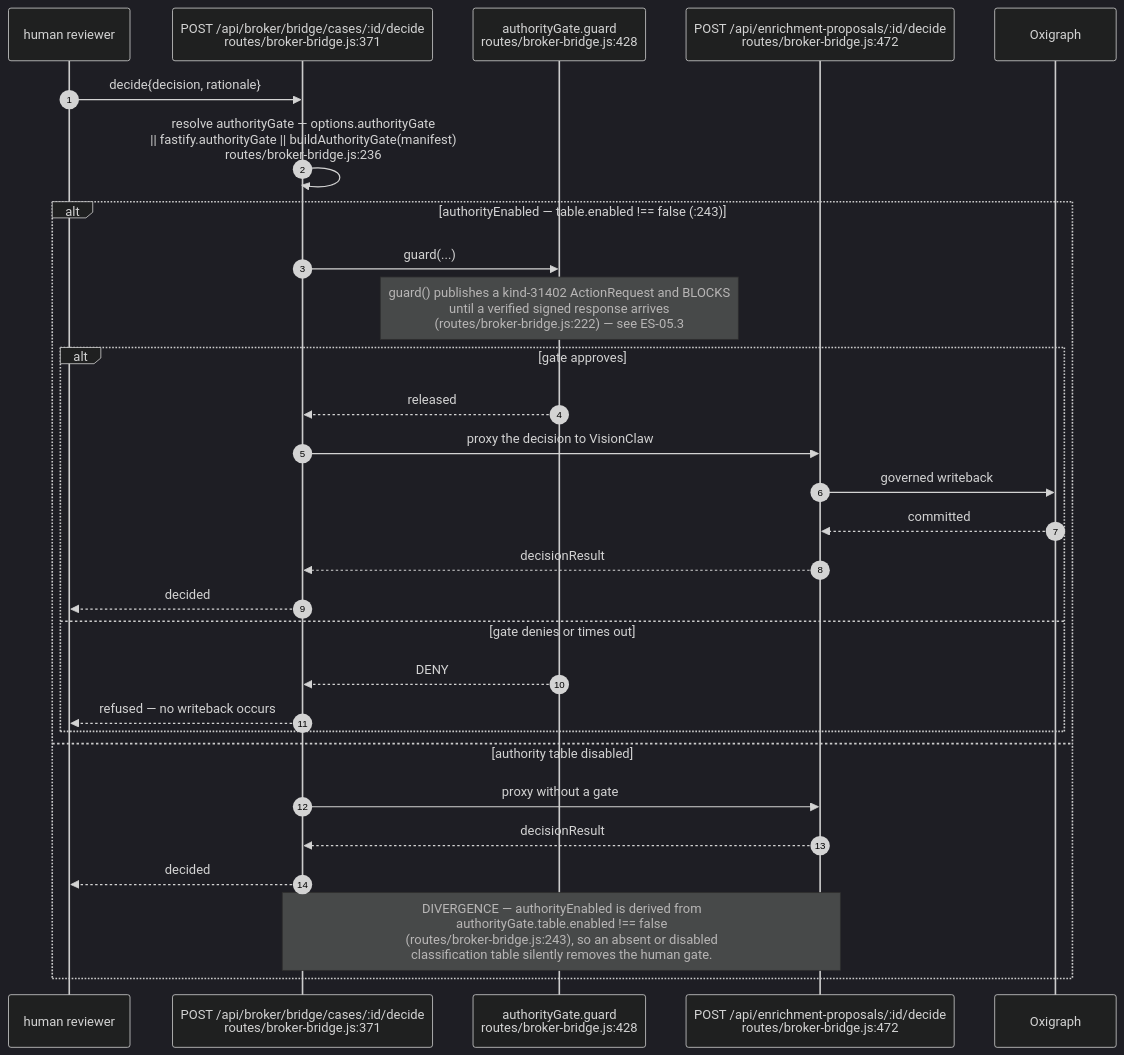
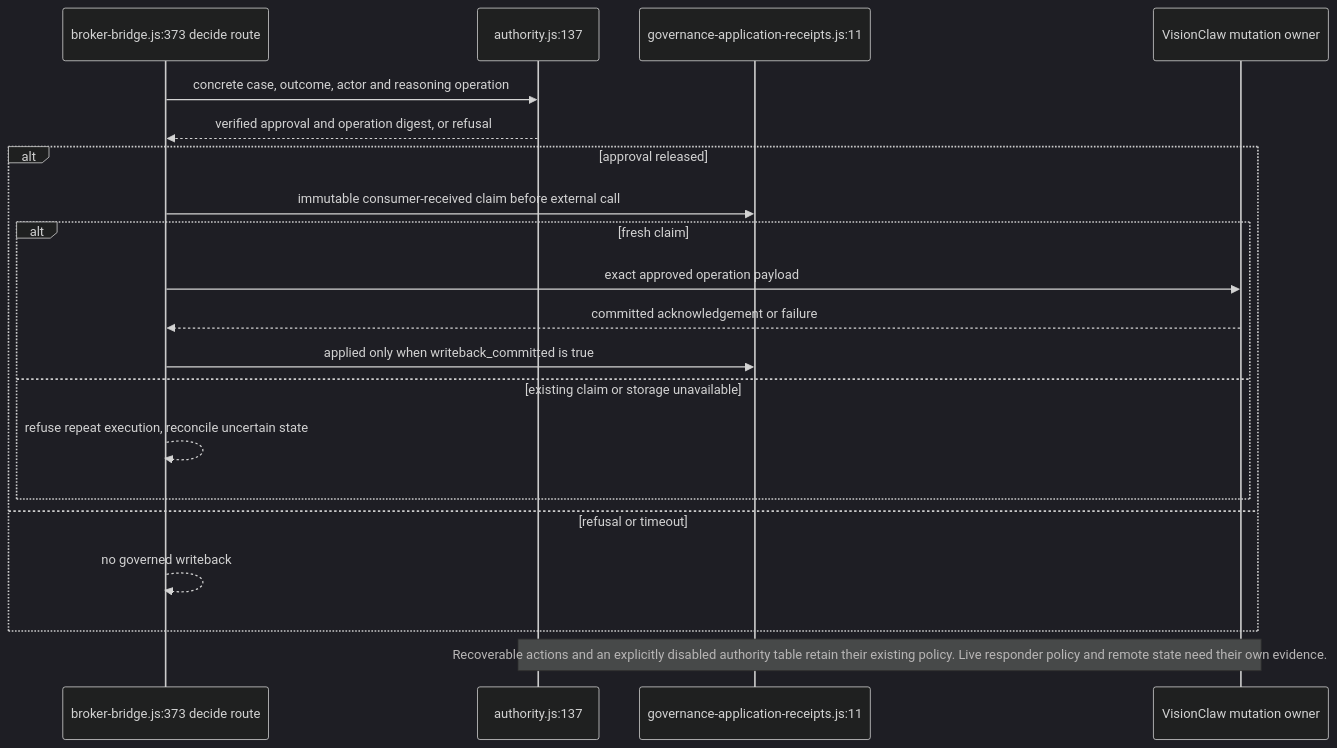
Before and after one commit to DreamLab-AI/VisionFlow: the sixth of 11 diagrams in docs/diagrams/estate/05-governance-loop-across-estate.md, drawn with Mermaid (dark theme). The commit also changed other lines of this file and 51 other files, not shown here.

First line of the commit message:
docs(diagrams): agentbox AB-01..13 re-attested anchor by anchor (980 anchors, 22 defects); checkpoint against an out-of-mesh writer

````diff
--- a/docs/diagrams/estate/05-governance-loop-across-estate.md
+++ b/docs/diagrams/estate/05-governance-loop-across-estate.md
@@ -218,32 +147,22 @@
 ```mermaid
 sequenceDiagram
-    autonumber
-    participant U as human reviewer
-    participant BB as POST /api/broker/bridge/cases/:id/decide<br/>routes/broker-bridge.js:371
-    participant AG as authorityGate.guard<br/>routes/broker-bridge.js:428
-    participant VC as POST /api/enrichment-proposals/:id/decide<br/>routes/broker-bridge.js:472
-    participant OX as Oxigraph
-
-    U->>BB: decide{decision, rationale}
-    BB->>BB: resolve authorityGate — options.authorityGate<br/>|| fastify.authorityGate || buildAuthorityGate(manifest)<br/>routes/broker-bridge.js:236
-    alt authorityEnabled — table.enabled !== false (:243)
-        BB->>AG: guard(...)
-        Note over AG: guard() publishes a kind-31402 ActionRequest and BLOCKS<br/>until a verified signed response arrives<br/>(routes/broker-bridge.js:222) — see ES-05.3
-        alt gate approves
-            AG-->>BB: released
-            BB->>VC: proxy the decision to VisionClaw
-            VC->>OX: governed writeback
-            OX-->>VC: committed
-            VC-->>BB: decisionResult
-            BB-->>U: decided
-        else gate denies or times out
-            AG-->>BB: DENY
-            BB-->>U: refused — no writeback occurs
+    participant Bridge as broker-bridge.js:373 decide route
+    participant Gate as authority.js:137
+    participant Ledger as governance-application-receipts.js:11
+    participant VC as VisionClaw mutation owner
+    Bridge->>Gate: concrete case, outcome, actor and reasoning operation
+    Gate-->>Bridge: verified approval and operation digest, or refusal
+    alt approval released
+        Bridge->>Ledger: immutable consumer-received claim before external call
+        alt fresh claim
+            Bridge->>VC: exact approved operation payload
+            VC-->>Bridge: committed acknowledgement or failure
+            Bridge->>Ledger: applied only when writeback_committed is true
+        else existing claim or storage unavailable
+            Bridge-->>Bridge: refuse repeat execution, reconcile uncertain state
         end
-    else authority table disabled
-        BB->>VC: proxy without a gate
-        VC-->>BB: decisionResult
-        BB-->>U: decided
-        Note over BB,VC: DIVERGENCE — authorityEnabled is derived from<br/>authorityGate.table.enabled !== false<br/>(routes/broker-bridge.js:243), so an absent or disabled<br/>classification table silently removes the human gate.
+    else refusal or timeout
+        Bridge-->>Bridge: no governed writeback
     end
+    Note over Gate,VC: Recoverable actions and an explicitly disabled authority table retain their existing policy. Live responder policy and remote state need their own evidence.
 ```
````
